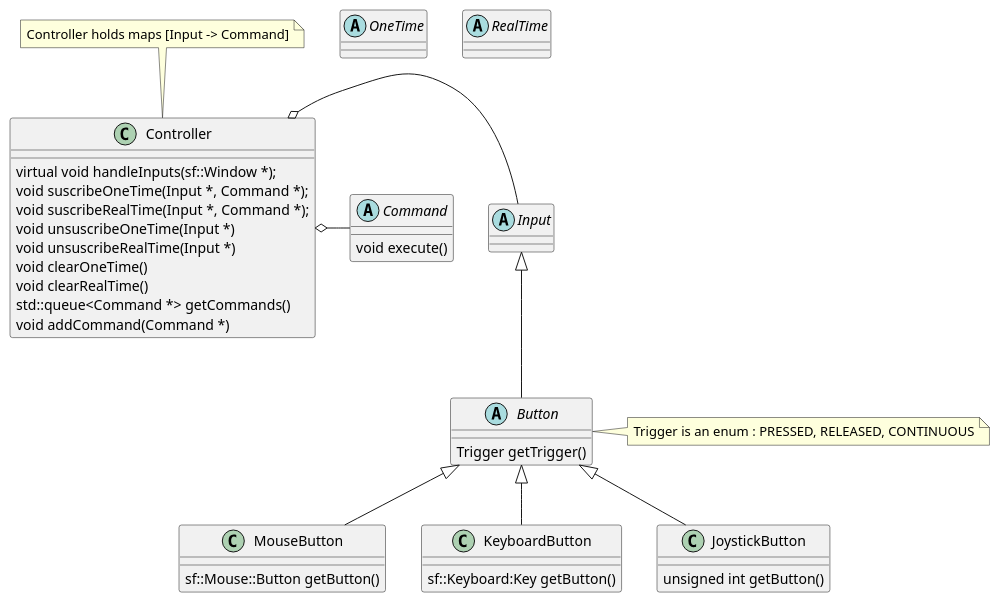
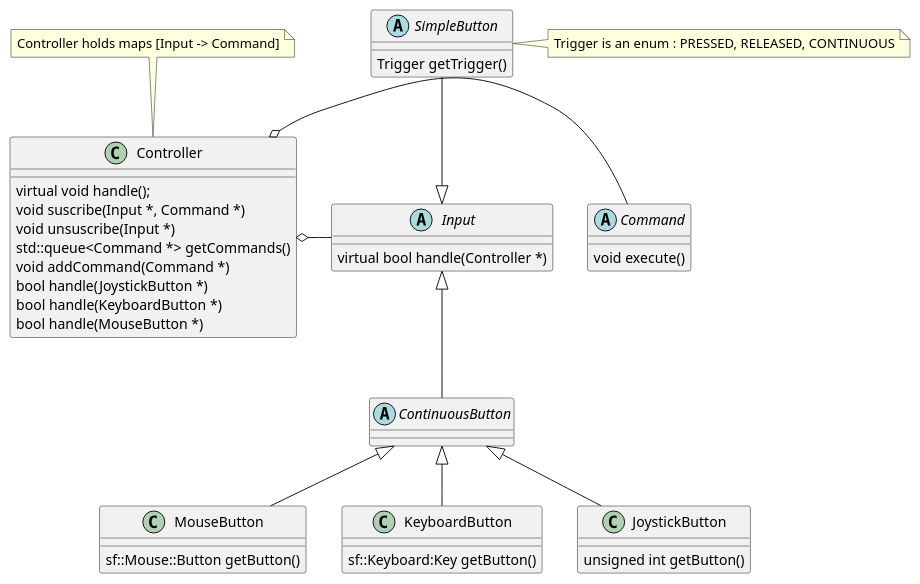
One commit to Pixotters/FROG changed the diagram in docs/diagrams/inputs_class.pu. Above: the diagram before and after it, drawn with PlantUML.

Commit message:
redone the inputs diagram accordingly to changes

```diff
--- a/docs/diagrams/inputs_class.pu
+++ b/docs/diagrams/inputs_class.pu
@@ -1,56 +1,56 @@
 @startuml
 
-abstract class Input
+abstract class Input{
+         virtual bool handle(Controller *)
+}
 
-abstract class OneTime
+abstract class ContinuousButton
 
-abstract class RealTime
-
-abstract class Button{
+abstract class SimpleButton{
       Trigger getTrigger()
 }
 
 class MouseButton{
       sf::Mouse::Button getButton()
 }
 
 class KeyboardButton{
       sf::Keyboard:Key getButton()
 }
 
 class JoystickButton{
       unsigned int getButton()
 }
 
 abstract class Command{
       void execute()
 }
 
 class Controller{
-virtual void handleInputs(sf::Window *);
-void suscribeOneTime(Input *, Command *);
-void suscribeRealTime(Input *, Command *);
-void unsuscribeOneTime(Input *)
-void unsuscribeRealTime(Input *)
-void clearOneTime()
-void clearRealTime()
+virtual void handle();
+void suscribe(Input *, Command *)
+void unsuscribe(Input *)
 std::queue<Command *> getCommands()
 void addCommand(Command *)
+bool handle(JoystickButton *)
+bool handle(KeyboardButton *)
+bool handle(MouseButton *)
 
 }
 
-Button -up-|> Input
-JoystickButton -up-|> Button
-KeyboardButton -up-|> Button
-MouseButton -up-|> Button
+SimpleButton -down-|> Input
+ContinuousButton -up-|> Input
+JoystickButton -up-|> ContinuousButton
+KeyboardButton -up-|> ContinuousButton
+MouseButton -up-|> ContinuousButton
 
 Input -left-o Controller
 Controller o-right- Command
 
 note "Trigger is an enum : PRESSED, RELEASED, CONTINUOUS" as tr
-tr .left. Button
+tr .left. SimpleButton
 
 note "Controller holds maps [Input -> Command]" as map
 map .. Controller
 
 @enduml
```
